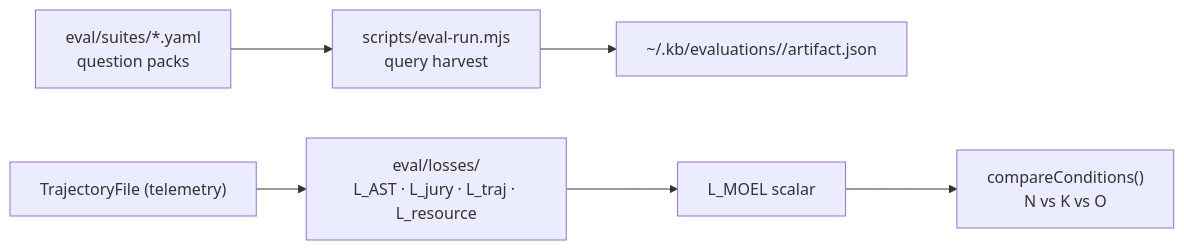
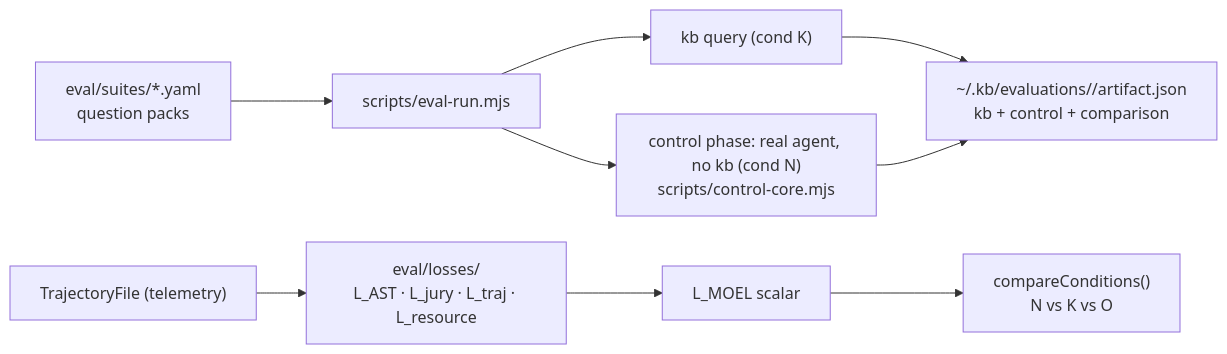
The diagram in eval/EVAL.md (rosenjcb/kb), drawn with Mermaid before and after one commit. The commit also changed other lines of this file and 9 other files, not shown here.

First line of the commit message:
Add control baseline evaluation harness (real agent, no KB) (#82)

````diff
--- a/eval/EVAL.md
+++ b/eval/EVAL.md
@@ -7,8 +7,11 @@
 ```mermaid
 flowchart LR
-  S["eval/suites/*.yaml\nquestion packs"] --> H["scripts/eval-run.mjs\nquery harvest"]
-  H --> A["~/.kb/evaluations/<run>/artifact.json"]
+  S["eval/suites/*.yaml\nquestion packs"] --> H["scripts/eval-run.mjs"]
+  H --> K["kb query (cond K)"]
+  H --> CT["control phase: real agent, no kb (cond N)\nscripts/control-core.mjs"]
+  K --> A["~/.kb/evaluations/<run>/artifact.json\nkb + control + comparison"]
+  CT --> A
   T["TrajectoryFile (telemetry)"] --> L["eval/losses/\nL_AST · L_jury · L_traj · L_resource"]
   L --> M["L_MOEL scalar"]
   M --> C["compareConditions()\nN vs K vs O"]
 ```
````
